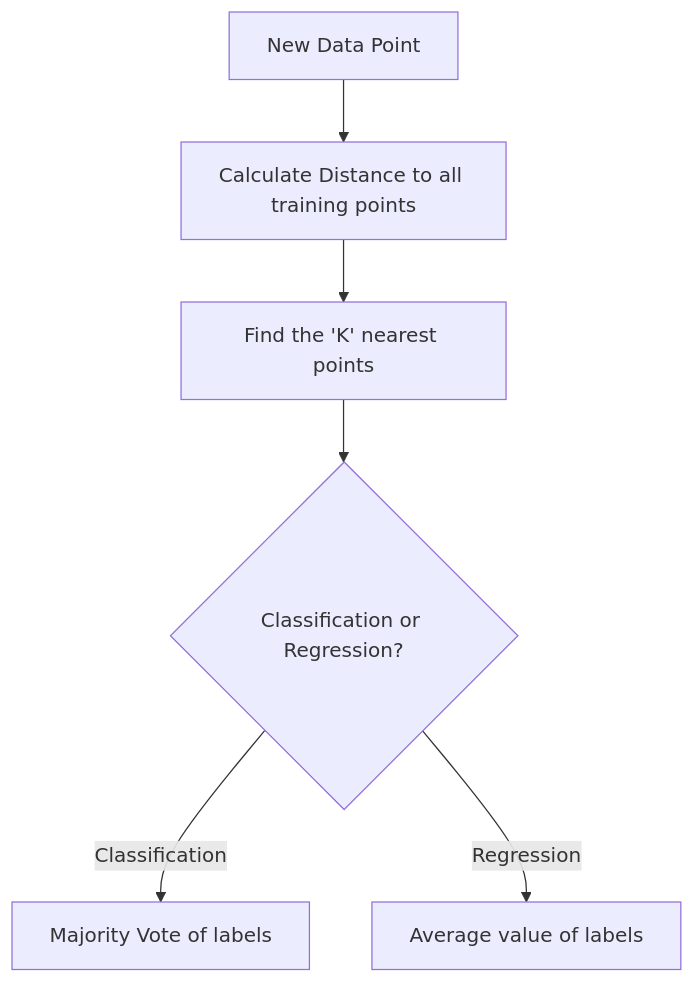
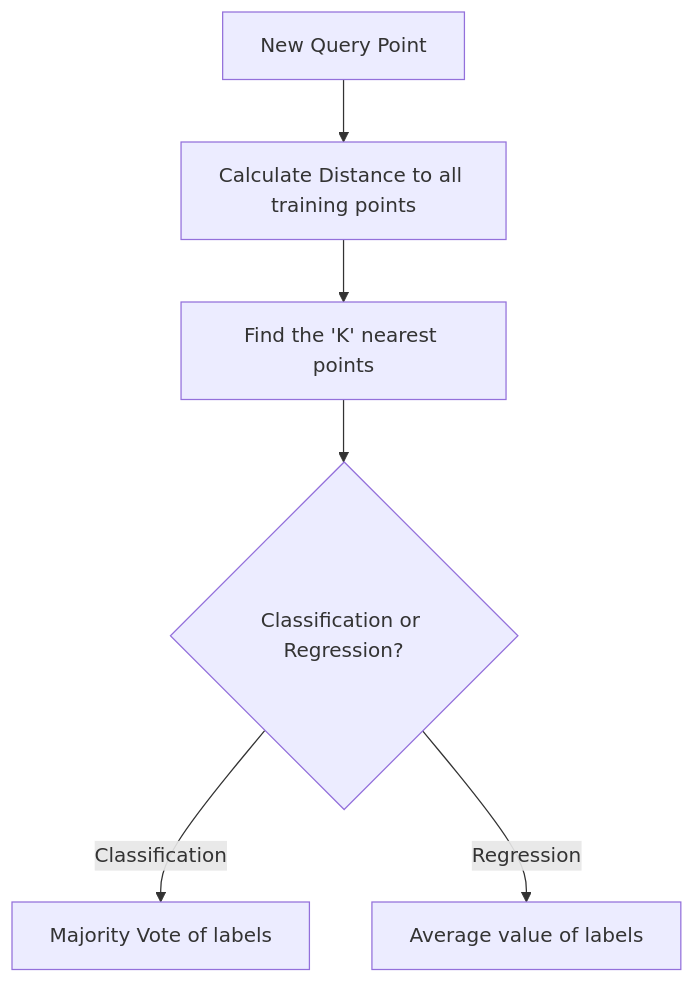
One commit to vdonthireddy/ai-course changed the seventh of 12 diagrams in README.md. Above: the diagram before and after it, drawn with Mermaid. The commit also changed other lines of this file and 1 other file, not shown here.

Commit message:
Enhance Module 4 with comprehensive classification models theory, concrete examples, and decision boundaries diagram

````diff
--- a/README.md
+++ b/README.md
@@ -363,8 +392,8 @@
 ```mermaid
 graph TD
-    A[New Data Point] --> B[Calculate Distance to all training points]
+    A[New Query Point] --> B[Calculate Distance to all training points]
     B --> C[Find the 'K' nearest points]
     C --> D{Classification or Regression?}
     D -- Classification --> E[Majority Vote of labels]
     D -- Regression --> F[Average value of labels]
 ```
````
